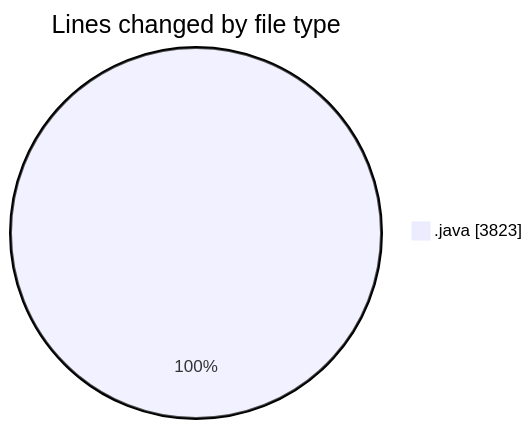
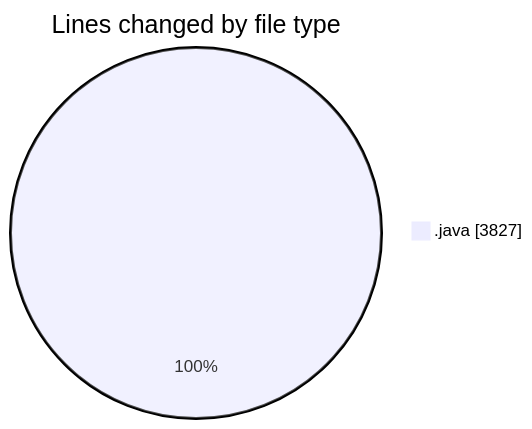
Before and after one commit to charlie-sans/code-tracking: the first of 2 diagrams in 2025-02-18/masm/README.md, drawn with Mermaid. The commit also changed other lines of this file and 1 other file, not shown here.

````diff
--- a/2025-02-18/masm/README.md
+++ b/2025-02-18/masm/README.md
@@ -27,5 +27,5 @@
 ```mermaid
 pie showData
 title Lines changed by file type
-".java" : 3823
+".java" : 3827
 ```
````
